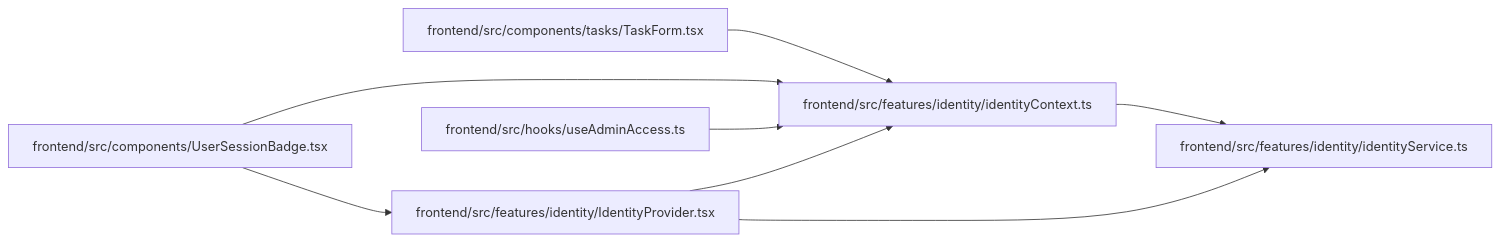
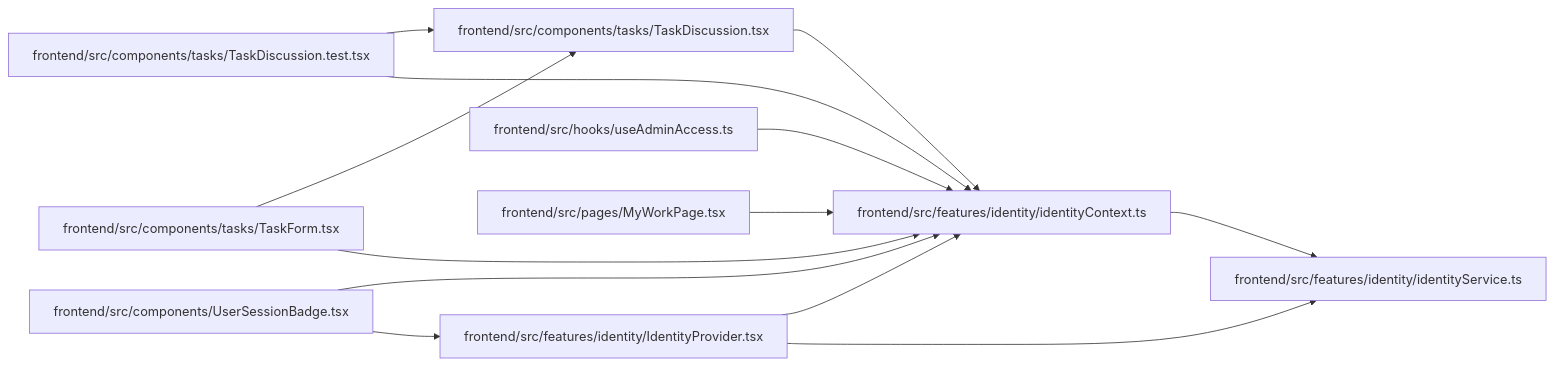
The diagram in docs/llm_wiki/modules/identityContext.md (Denissvgn/WorkChord), drawn with Mermaid before and after one commit. The commit also changed other lines of this file and 1888 other files, not shown here.

First line of the commit message:
Add human teamwork workflows, shared capacity, and task discussion (#7)

````diff
--- a/docs/llm_wiki/modules/identityContext.md
+++ b/docs/llm_wiki/modules/identityContext.md
@@ -27,22 +27,33 @@
 ```mermaid
 flowchart LR
-    n0["frontend/src/components/tasks/TaskForm.tsx"]
-    n1["frontend/src/components/UserSessionBadge.tsx"]
-    n2["frontend/src/features/identity/identityContext.ts"]
-    n3["frontend/src/features/identity/IdentityProvider.tsx"]
-    n4["frontend/src/features/identity/identityService.ts"]
-    n5["frontend/src/hooks/useAdminAccess.ts"]
-    n0 --> n2
-    n1 --> n2
-    n1 --> n3
+    n0["frontend/src/components/tasks/TaskDiscussion.test.tsx"]
+    n1["frontend/src/components/tasks/TaskDiscussion.tsx"]
+    n2["frontend/src/components/tasks/TaskForm.tsx"]
+    n3["frontend/src/components/UserSessionBadge.tsx"]
+    n4["frontend/src/features/identity/identityContext.ts"]
+    n5["frontend/src/features/identity/IdentityProvider.tsx"]
+    n6["frontend/src/features/identity/identityService.ts"]
+    n7["frontend/src/hooks/useAdminAccess.ts"]
+    n8["frontend/src/pages/MyWorkPage.tsx"]
+    n0 --> n1
+    n0 --> n4
+    n1 --> n4
+    n2 --> n1
     n2 --> n4
-    n3 --> n2
     n3 --> n4
-    n5 --> n2
-    click n0 "../modules/TaskForm.md"
-    click n1 "../modules/UserSessionBadge.md"
-    click n2 "../modules/identityContext.md"
-    click n3 "../modules/IdentityProvider.md"
-    click n4 "../modules/identityService.md"
-    click n5 "../modules/useAdminAccess.md"
+    n3 --> n5
+    n4 --> n6
+    n5 --> n4
+    n5 --> n6
+    n7 --> n4
+    n8 --> n4
+    click n0 "../modules/TaskDiscussion.test.md"
+    click n1 "../modules/TaskDiscussion.md"
+    click n2 "../modules/TaskForm.md"
+    click n3 "../modules/UserSessionBadge.md"
+    click n4 "../modules/identityContext.md"
+    click n5 "../modules/IdentityProvider.md"
+    click n6 "../modules/identityService.md"
+    click n7 "../modules/useAdminAccess.md"
+    click n8 "../modules/MyWorkPage.md"
 ```
````
